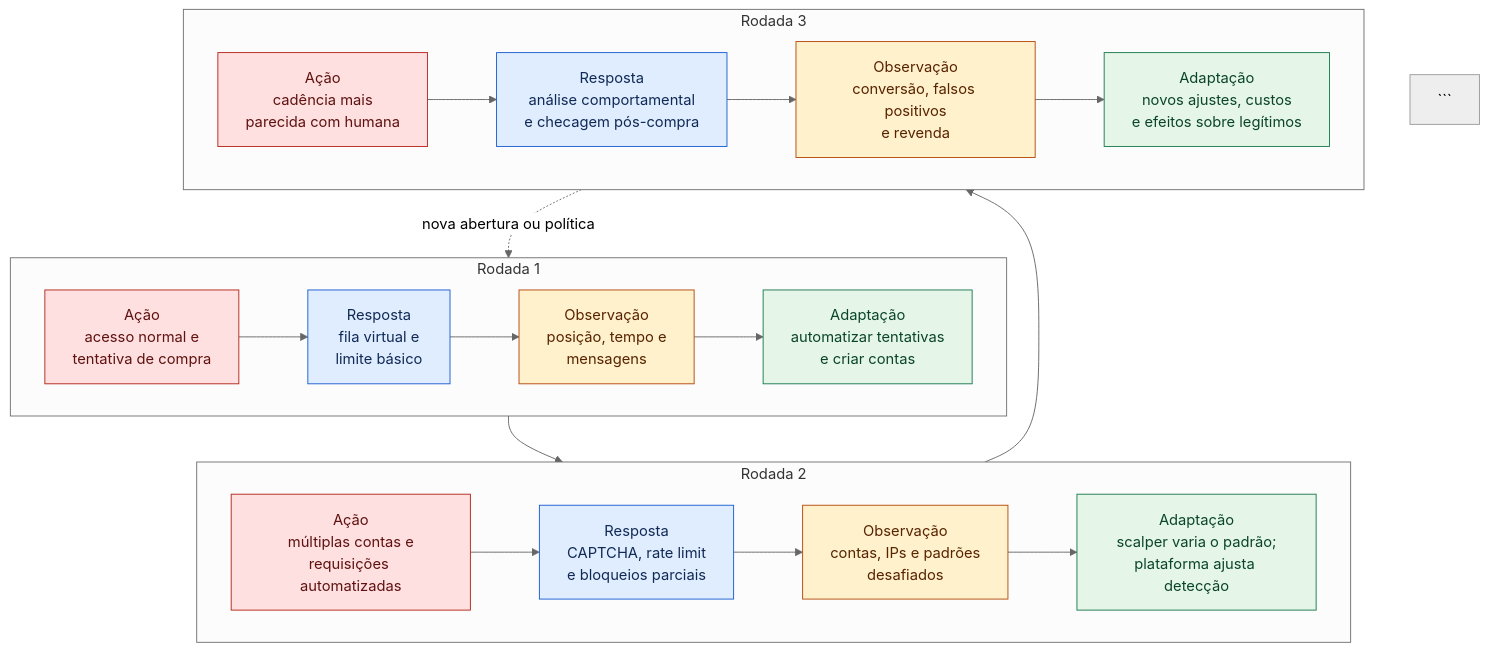
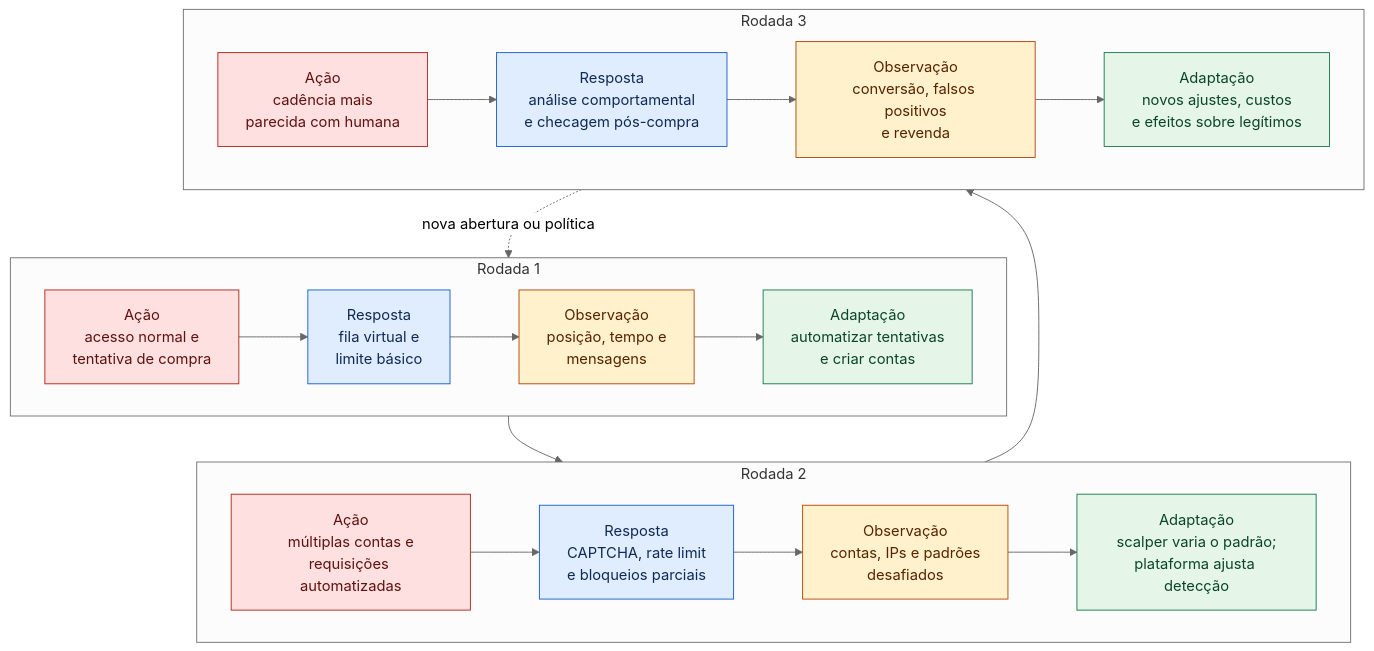
One commit to felipehscherer/trabalho-engenharia-adversarial changed the diagram in diagramas/ciclo-adaptativo.mmd. Above: the diagram before and after it, drawn with Mermaid (neutral theme).

Commit message:
Fix class declaration for adaptation in diagram

````diff
--- a/diagramas/ciclo-adaptativo.mmd
+++ b/diagramas/ciclo-adaptativo.mmd
@@ -1,42 +1,41 @@
 flowchart TB
     subgraph R1["Rodada 1"]
         direction LR
         R1A["Ação<br/>acesso normal e<br/>tentativa de compra"]
         R1P["Resposta<br/>fila virtual e<br/>limite básico"]
         R1O["Observação<br/>posição, tempo e<br/>mensagens"]
         R1D["Adaptação<br/>automatizar tentativas<br/>e criar contas"]
         R1A --> R1P --> R1O --> R1D
     end
 
     subgraph R2["Rodada 2"]
         direction LR
         R2A["Ação<br/>múltiplas contas e<br/>requisições automatizadas"]
         R2P["Resposta<br/>CAPTCHA, rate limit<br/>e bloqueios parciais"]
         R2O["Observação<br/>contas, IPs e padrões<br/>desafiados"]
         R2D["Adaptação<br/>scalper varia o padrão;<br/>plataforma ajusta detecção"]
         R2A --> R2P --> R2O --> R2D
     end
 
     subgraph R3["Rodada 3"]
         direction LR
         R3A["Ação<br/>cadência mais<br/>parecida com humana"]
         R3P["Resposta<br/>análise comportamental<br/>e checagem pós-compra"]
         R3O["Observação<br/>conversão, falsos positivos<br/>e revenda"]
         R3D["Adaptação<br/>novos ajustes, custos<br/>e efeitos sobre legítimos"]
         R3A --> R3P --> R3O --> R3D
     end
 
     R1 --> R2
     R2 --> R3
     R3 -.->|nova abertura ou política| R1
 
     classDef adversary fill:#ffe0e0,stroke:#b42318,color:#5f1210
     classDef defender fill:#e0edff,stroke:#175cd3,color:#102a56
     classDef observation fill:#fff1cc,stroke:#b54708,color:#572300
     classDef adaptation fill:#e5f6e8,stroke:#18794e,color:#0b4529
 
     class R1A,R2A,R3A adversary
     class R1P,R2P,R3P defender
     class R1O,R2O,R3O observation
     class R1D,R2D,R3D adaptation
-```
````
